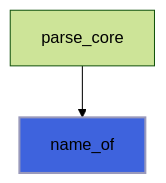
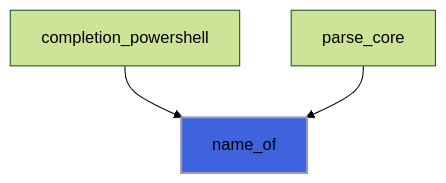
Diagram 26 of 39 in docs/api/src/lib/flap_command_line_arguments_group_t.md (szaghi/FLAP), drawn with Mermaid (forest theme) before and after one commit. The commit also changed other lines of this file and 13 other files, not shown here.

````diff
--- a/docs/api/src/lib/flap_command_line_arguments_group_t.md
+++ b/docs/api/src/lib/flap_command_line_arguments_group_t.md
@@ -966,5 +1000,6 @@
 ```mermaid
 flowchart TD
+  completion_powershell["completion_powershell"] --> name_of["name_of"]
   parse_core["parse_core"] --> name_of["name_of"]
   style name_of fill:#3e63dd,stroke:#99b,stroke-width:2px
 ```
````
